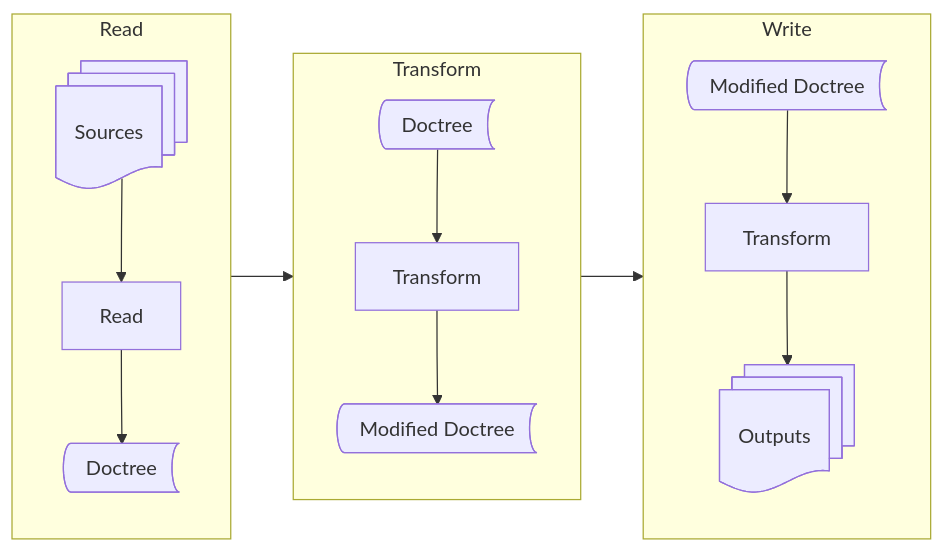
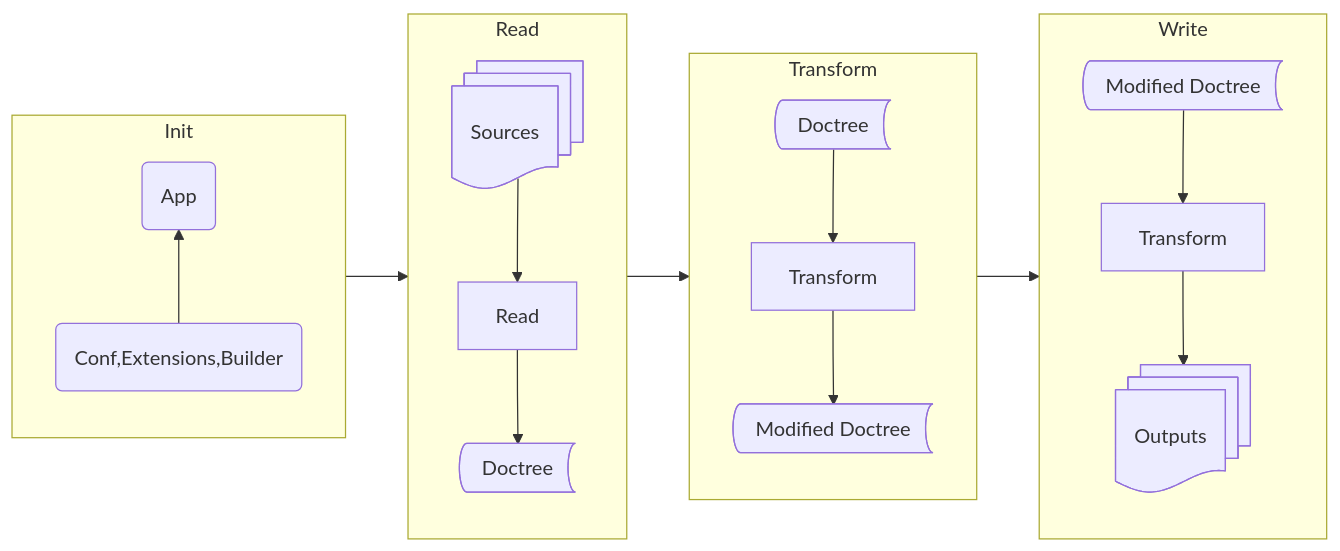
The diagram in content/graph/sphinx-step-0.mmd (attakei/the-slide), drawn with Mermaid before and after one commit. The commit also changed other lines of this file and 4 other files, not shown here.

```diff
--- a/content/graph/sphinx-step-0.mmd
+++ b/content/graph/sphinx-step-0.mmd
@@ -1,25 +1,32 @@
 flowchart LR
+    subgraph Init
+        direction BT
+        C --> A
+    end
     subgraph Read
         direction TB
         S --> R
         R --> D1
     end
     subgraph Transform
         D2 --> T
         T --> D3
     end
     subgraph Write
         D4 --> W
         W --> O
     end
+    Init --> Read
     Read --> Transform
     Transform --> Write
+    A@{ shape: rounded, label: 'App'}
+    C@{ shape: rounded, label: 'Conf,Extensions,Builder'}
     S@{ shape: docs, label: "Sources" }
     R@{ shape: rect, label: "Read" }
     D1@{ shape: bow-rect, label: "Doctree" }
     D2@{ shape: bow-rect, label: "Doctree" }
     T@{ shape: rect, label: "Transform" }
     D3@{ shape: bow-rect, label: "Modified Doctree" }
     D4@{ shape: bow-rect, label: "Modified Doctree" }
     W@{ shape: rect, label: "Transform" }
     O@{ shape: docs, label: "Outputs" }
```
